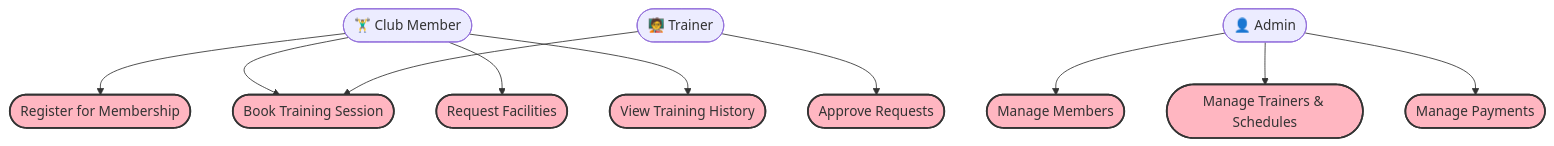
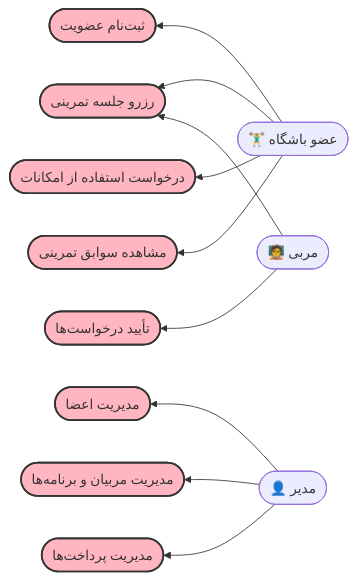
The diagram in docs/usecase_diagram.md (zahramirzayan22-ui/modiriat-bashgah-varzeshi), drawn with Mermaid before and after one commit.

````diff
--- a/docs/usecase_diagram.md
+++ b/docs/usecase_diagram.md
@@ -1,41 +1,41 @@
 ```mermaid
-flowchart TD
+flowchart RL
 
-    %% Actors
-    Member([🏋️‍♂️ Club Member])
-    Trainer([🧑‍🏫 Trainer])
-    Admin([👤 Admin])
+%% بازیگران
+Member([🏋️‍♂️ عضو باشگاه])
+Trainer([🧑‍🏫 مربی])
+Admin([👤 مدیر])
 
-    %% Use Cases styled as ellipse (GitHub-friendly)
-    UC1([Register for Membership])
-    UC2([Book Training Session])
-    UC3([Request Facilities])
-    UC4([View Training History])
-    UC5([Approve Requests])
-    UC6([Manage Payments])
-    UC7([Manage Members])
-    UC8([Manage Trainers & Schedules])
+%% موارد استفاده (Use Cases)
+UC1([ثبت‌نام عضویت])
+UC2([رزرو جلسه تمرینی])
+UC3([درخواست استفاده از امکانات])
+UC4([مشاهده سوابق تمرینی])
+UC5([تأیید درخواست‌ها])
+UC6([مدیریت پرداخت‌ها])
+UC7([مدیریت اعضا])
+UC8([مدیریت مربیان و برنامه‌ها])
 
-    %% Connections
-    Member --> UC1
-    Member --> UC2
-    Member --> UC3
-    Member --> UC4
+%% ارتباطات
+Member --> UC1
+Member --> UC2
+Member --> UC3
+Member --> UC4
 
-    Trainer --> UC2
-    Trainer --> UC5
+Trainer --> UC2
+Trainer --> UC5
 
-    Admin --> UC7
-    Admin --> UC8
-    Admin --> UC6
+Admin --> UC7
+Admin --> UC8
+Admin --> UC6
 
-    %% Pink oval style (works in GitHub)
-    style UC1 fill:#FFB6C1,stroke:#333,stroke-width:2px
-    style UC2 fill:#FFB6C1,stroke:#333,stroke-width:2px
-    style UC3 fill:#FFB6C1,stroke:#333,stroke-width:2px
-    style UC4 fill:#FFB6C1,stroke:#333,stroke-width:2px
-    style UC5 fill:#FFB6C1,stroke:#333,stroke-width:2px
-    style UC6 fill:#FFB6C1,stroke:#333,stroke-width:2px
-    style UC7 fill:#FFB6C1,stroke:#333,stroke-width:2px
-    style UC8 fill:#FFB6C1,stroke:#333,stroke-width:2px
+%% ظاهر بیضی‌ها (صورتی)
+style UC1 fill:#FFB6C1,stroke:#333,stroke-width:2px
+style UC2 fill:#FFB6C1,stroke:#333,stroke-width:2px
+style UC3 fill:#FFB6C1,stroke:#333,stroke-width:2px
+style UC4 fill:#FFB6C1,stroke:#333,stroke-width:2px
+style UC5 fill:#FFB6C1,stroke:#333,stroke-width:2px
+style UC6 fill:#FFB6C1,stroke:#333,stroke-width:2px
+style UC7 fill:#FFB6C1,stroke:#333,stroke-width:2px
+style UC8 fill:#FFB6C1,stroke:#333,stroke-width:2px
 ```
````
